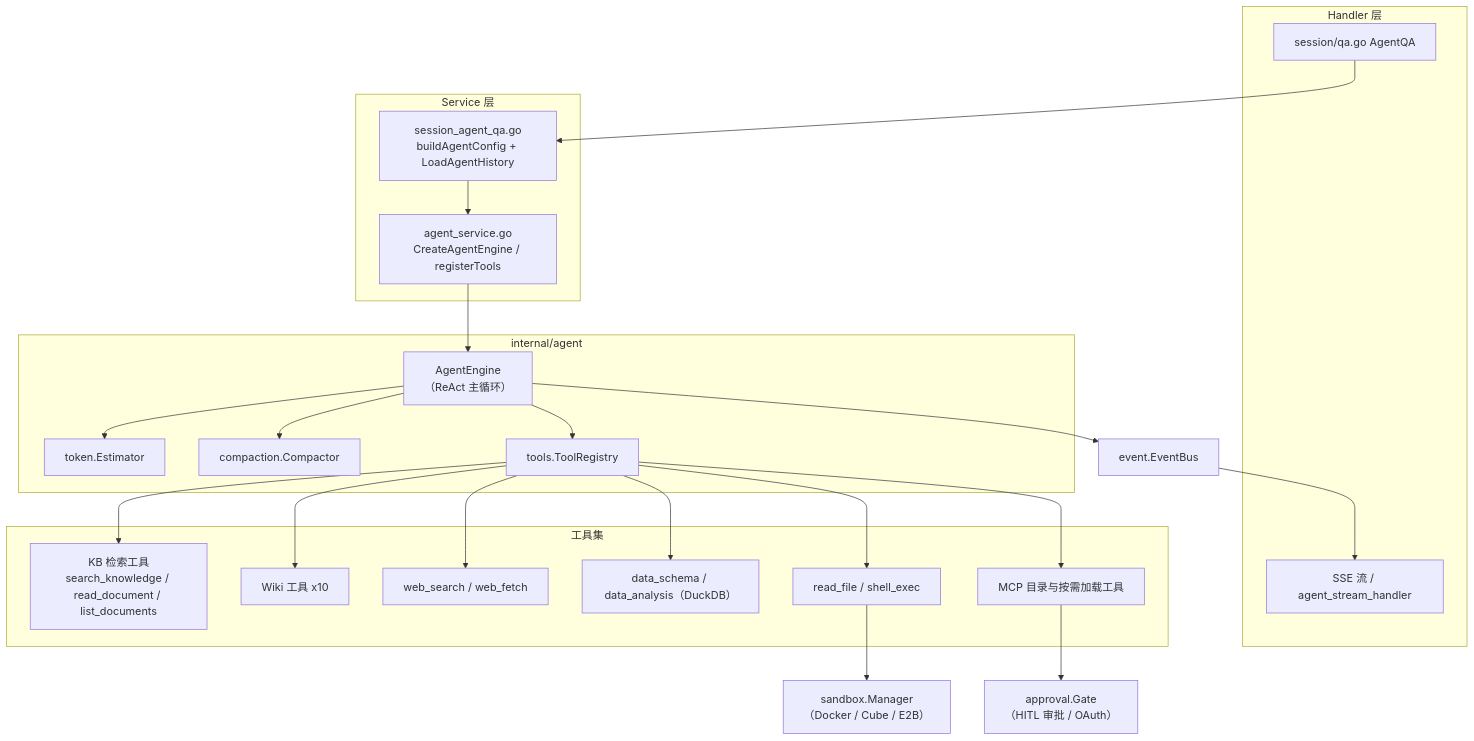
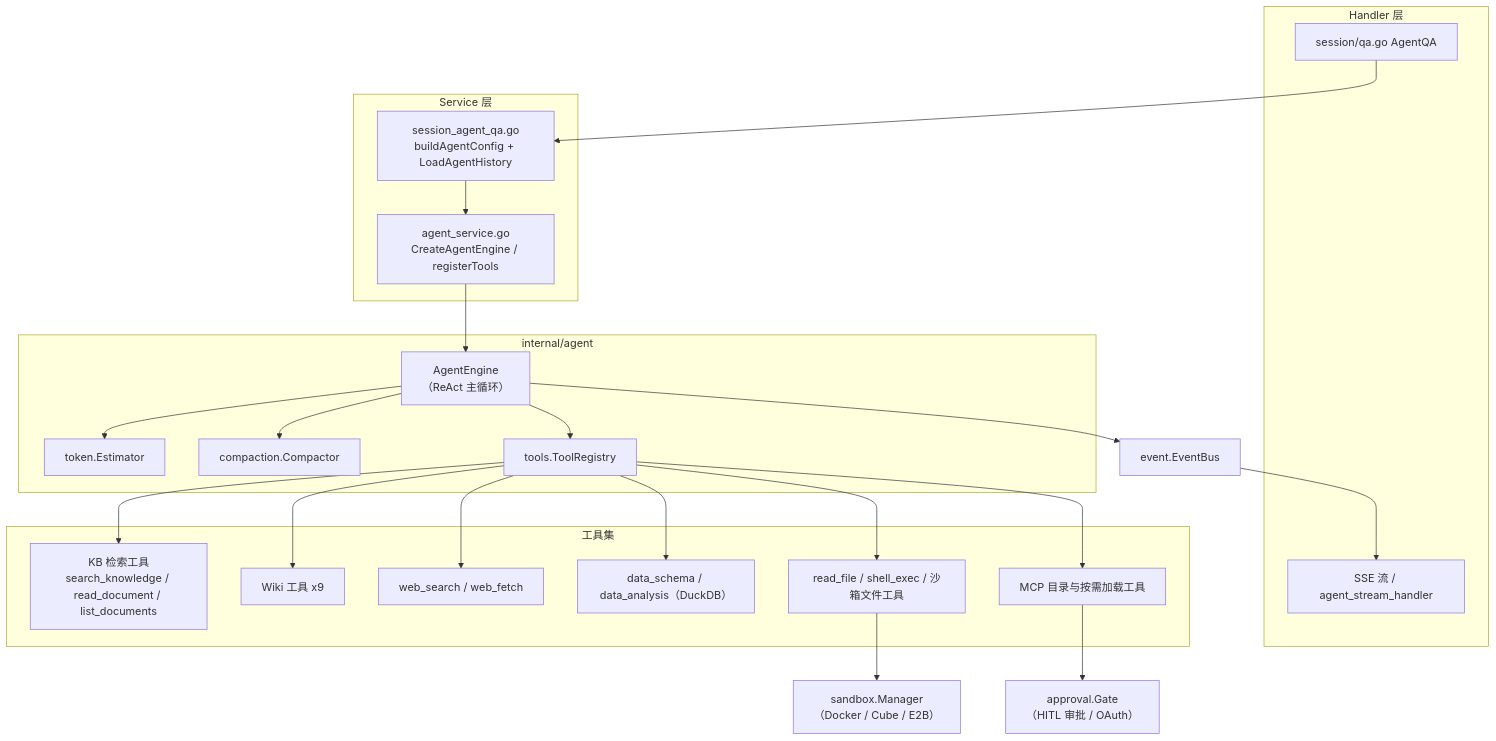
One commit to michadel/WeKnora changed the first of 3 diagrams in website-docs/03-features/07-agent.md. Above: the diagram before and after it, drawn with Mermaid. The commit also changed other lines of this file and 125 other files, not shown here.

````diff
--- a/website-docs/03-features/07-agent.md
+++ b/website-docs/03-features/07-agent.md
@@ -235,42 +239,42 @@
 ```mermaid
 flowchart TB
     subgraph HandlerLayer["Handler 层"]
         H1["session/qa.go AgentQA"]
         SSE["SSE 流 / agent_stream_handler"]
     end
     subgraph ServiceLayer["Service 层"]
         SQA["session_agent_qa.go<br/>buildAgentConfig + LoadAgentHistory"]
         AS["agent_service.go<br/>CreateAgentEngine / registerTools"]
     end
     subgraph EngineLayer["internal/agent"]
         ENG["AgentEngine<br/>（ReAct 主循环）"]
         TOK["token.Estimator"]
         MEM["compaction.Compactor"]
         REG["tools.ToolRegistry"]
     end
     subgraph Tools["工具集"]
         KB["KB 检索工具<br/>search_knowledge / read_document / list_documents"]
-        WIKI["Wiki 工具 x10"]
+        WIKI["Wiki 工具 x9"]
         WEB["web_search / web_fetch"]
         DATA["data_schema / data_analysis（DuckDB）"]
-        SKILL["read_file / shell_exec"]
+        SKILL["read_file / shell_exec / 沙箱文件工具"]
         MCP["MCP 目录与按需加载工具"]
     end
     GATE["approval.Gate<br/>（HITL 审批 / OAuth）"]
     SBX["sandbox.Manager<br/>（Docker / Cube / E2B）"]
     EB["event.EventBus"]
 
     H1 --> SQA --> AS --> ENG
     ENG --> TOK
     ENG --> MEM
     ENG --> REG
     REG --> KB
     REG --> WIKI
     REG --> WEB
     REG --> DATA
     REG --> SKILL
     REG --> MCP
     MCP --> GATE
     SKILL --> SBX
     ENG --> EB --> SSE
 ```
````
